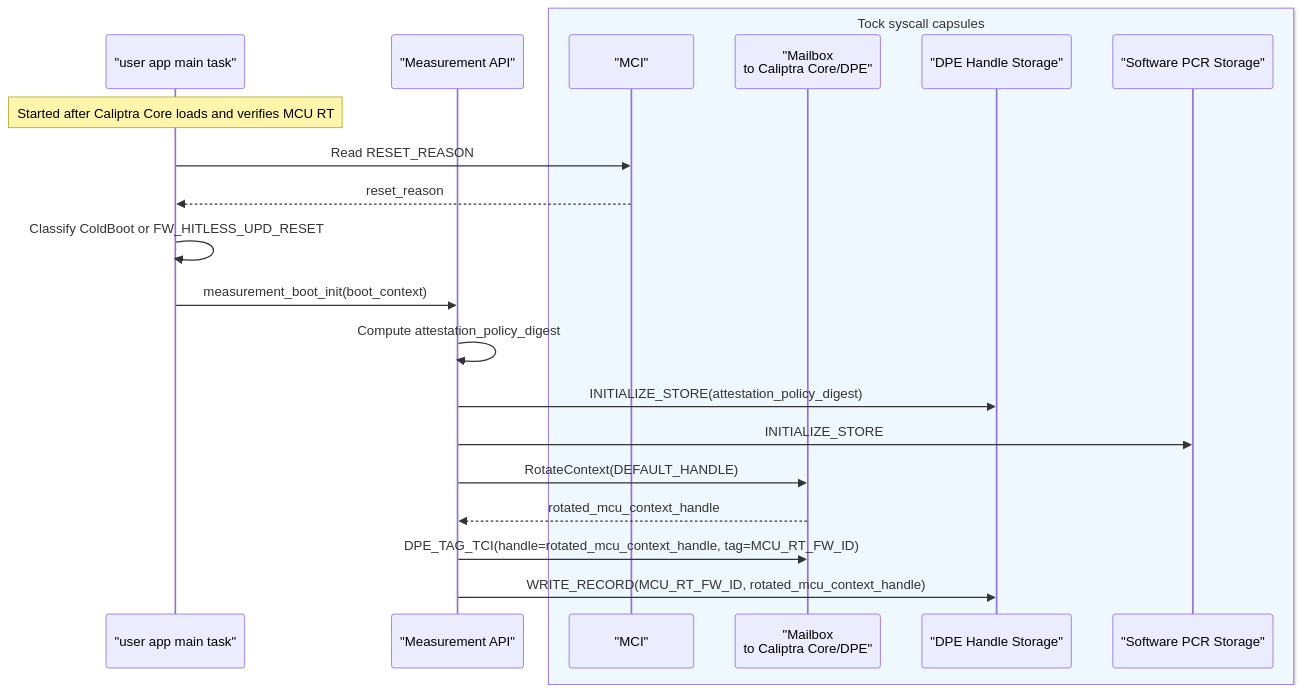
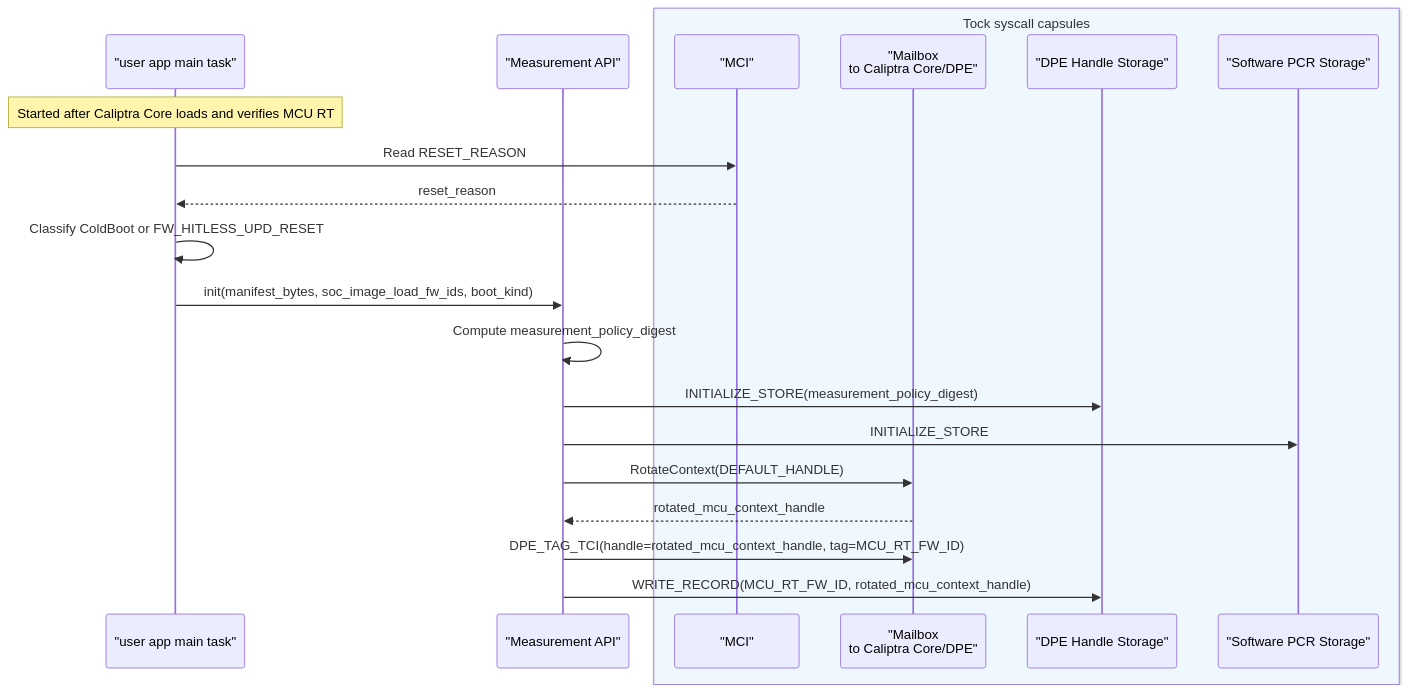
The first of 4 diagrams in docs/src/attestation-measurement-api.md (chipsalliance/caliptra-mcu-sw), drawn with Mermaid before and after one commit. The commit also changed other lines of this file and 7 other files, not shown here.

````diff
--- a/docs/src/attestation-measurement-api.md
+++ b/docs/src/attestation-measurement-api.md
@@ -102,24 +117,24 @@
 ```mermaid
 sequenceDiagram
     participant UserMain as "user app main task"
     participant MApi as "Measurement API"
     box rgb(239, 248, 255) Tock syscall capsules
         participant Mci as "MCI"
         participant Mailbox as "Mailbox<br/>to Caliptra Core/DPE"
         participant DpeStore as "DPE Handle Storage"
         participant PcrStore as "Software PCR Storage"
     end
 
     Note over UserMain: Started after Caliptra Core loads and verifies MCU RT
     UserMain->>Mci: Read RESET_REASON
     Mci-->>UserMain: reset_reason
     UserMain->>UserMain: Classify ColdBoot or FW_HITLESS_UPD_RESET
-    UserMain->>MApi: measurement_boot_init(boot_context)
-    MApi->>MApi: Compute attestation_policy_digest
-    MApi->>DpeStore: INITIALIZE_STORE(attestation_policy_digest)
+    UserMain->>MApi: init(manifest_bytes, soc_image_load_fw_ids, boot_kind)
+    MApi->>MApi: Compute measurement_policy_digest
+    MApi->>DpeStore: INITIALIZE_STORE(measurement_policy_digest)
     MApi->>PcrStore: INITIALIZE_STORE
     MApi->>Mailbox: RotateContext(DEFAULT_HANDLE)
     Mailbox-->>MApi: rotated_mcu_context_handle
     MApi->>Mailbox: DPE_TAG_TCI(handle=rotated_mcu_context_handle, tag=MCU_RT_FW_ID)
     MApi->>DpeStore: WRITE_RECORD(MCU_RT_FW_ID, rotated_mcu_context_handle)
 ```
````
